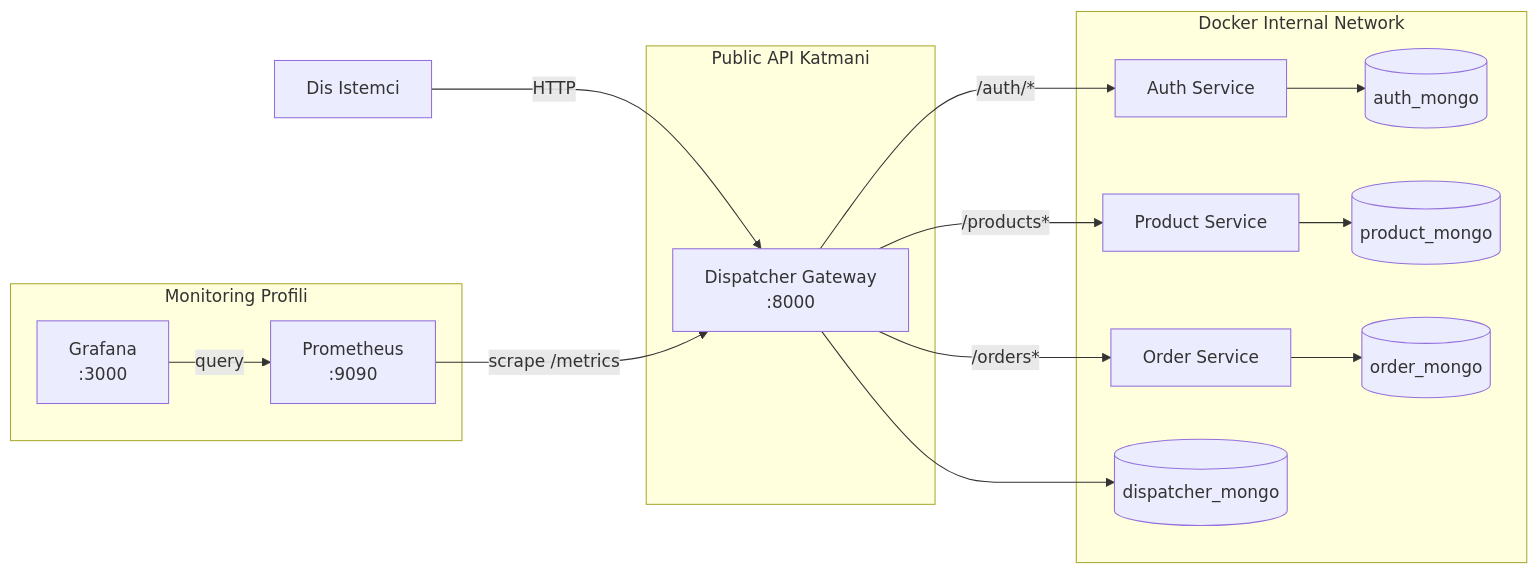
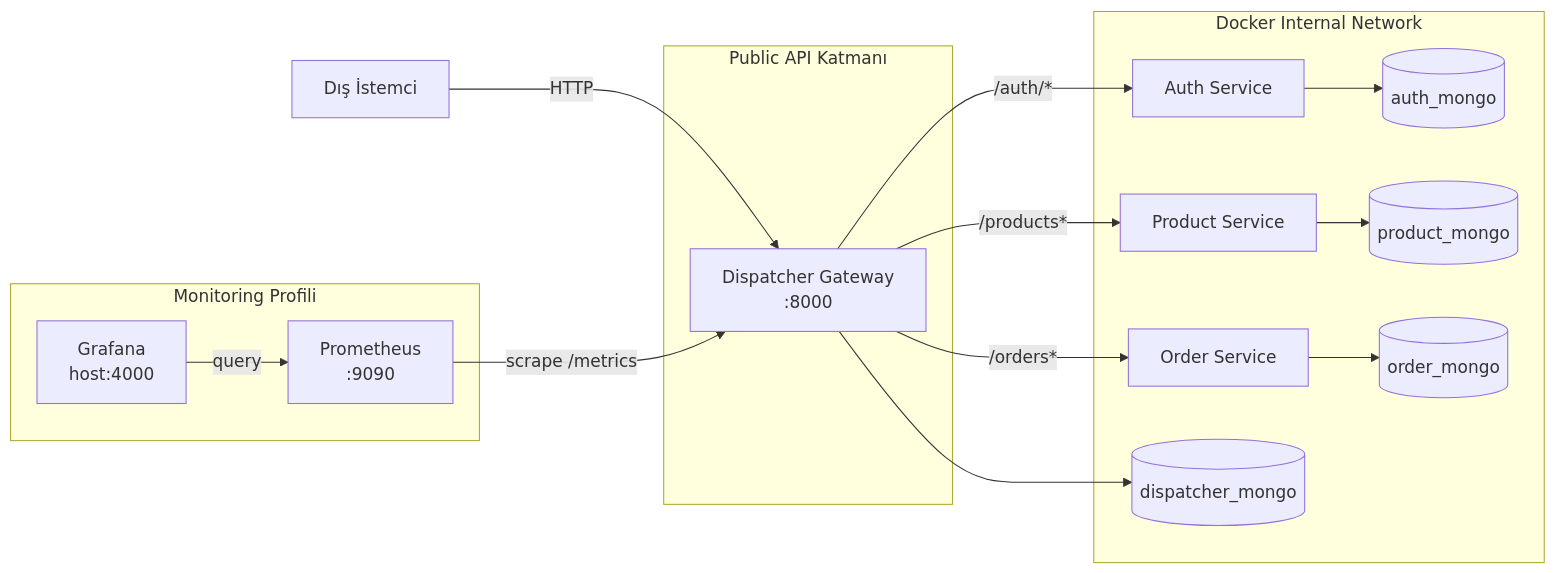
Before and after one commit to ranakaragol/product-order-microservices: the first of 4 diagrams in Readme.md, drawn with Mermaid. The commit also changed other lines of this file and 1 other file, not shown here.

````diff
--- a/Readme.md
+++ b/Readme.md
@@ -86,37 +91,37 @@
 ```mermaid
 flowchart LR
-  Client[Dis Istemci]
+  Client[Dış İstemci]
 
-  subgraph PublicAPI[Public API Katmani]
+  subgraph PublicAPI[Public API Katmanı]
     D[Dispatcher Gateway<br/>:8000]
   end
 
   subgraph InternalNet[Docker Internal Network]
     A[Auth Service]
     P[Product Service]
     O[Order Service]
 
     ADM[(auth_mongo)]
     PDM[(product_mongo)]
     ODM[(order_mongo)]
     DDM[(dispatcher_mongo)]
   end
 
   subgraph Observability[Monitoring Profili]
     PR[Prometheus<br/>:9090]
-    GR[Grafana<br/>:3000]
+    GR[Grafana<br/>host:4000]
   end
 
   Client -->|HTTP| D
   D -->|/auth/*| A
   D -->|/products*| P
   D -->|/orders*| O
 
   A --> ADM
   P --> PDM
   O --> ODM
   D --> DDM
 
   PR -->|scrape /metrics| D
   GR -->|query| PR
 ```
````
